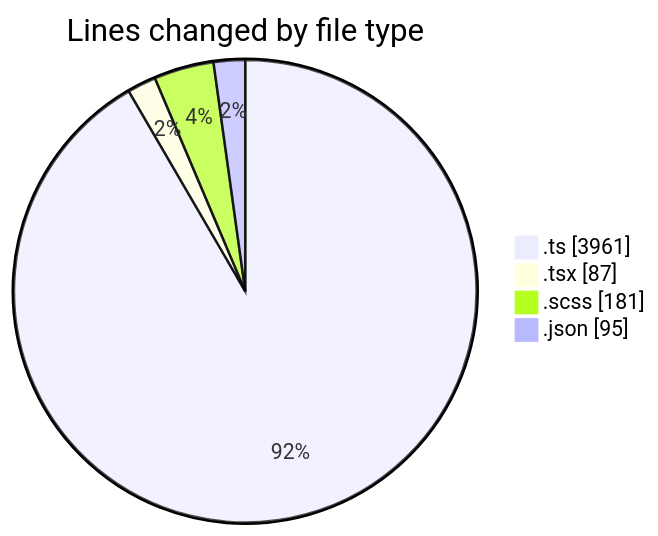
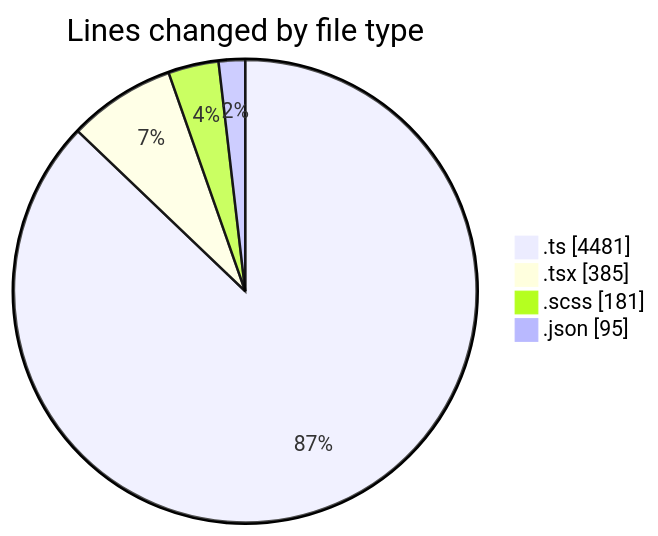
The first of 2 diagrams in 2026-10-29/cda/README.md (momahboobian/code-tracking), drawn with Mermaid before and after one commit. The commit also changed other lines of this file and 1 other file, not shown here.

````diff
--- a/2026-10-29/cda/README.md
+++ b/2026-10-29/cda/README.md
@@ -25,8 +27,8 @@
 ```mermaid
 pie showData
 title Lines changed by file type
-".ts" : 3961
-".tsx" : 87
+".ts" : 4481
+".tsx" : 385
 ".scss" : 181
 ".json" : 95
 ```
````
